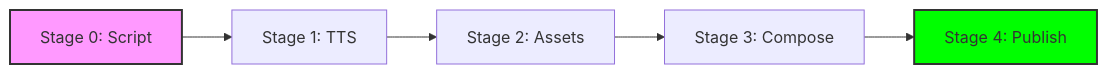
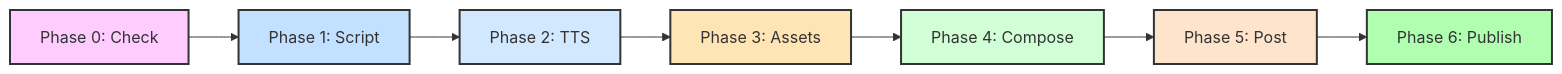
One commit to aaronwong1989/clawreel changed the diagram in README.md. Above: the diagram before and after it, drawn with Mermaid. The commit also changed other lines of this file and 3 other files, not shown here.

````diff
--- a/README.md
+++ b/README.md
@@ -28,10 +28,17 @@
 ```mermaid
 graph LR
-    A[Stage 0: Script] --> B[Stage 1: TTS]
-    B --> C[Stage 2: Assets]
-    C --> D[Stage 3: Compose]
-    D --> E[Stage 4: Publish]
-    
-    style A fill:#f9f,stroke:#333,stroke-width:2px
-    style E fill:#00ff00,stroke:#333,stroke-width:2px
+    A[Phase 0: Check] --> B[Phase 1: Script]
+    B --> C[Phase 2: TTS]
+    C --> D[Phase 3: Assets]
+    D --> E[Phase 4: Compose]
+    E --> F[Phase 5: Post]
+    F --> G[Phase 6: Publish]
+
+    style A fill:#ffccff,stroke:#333,stroke-width:2px
+    style B fill:#c2e0ff,stroke:#333,stroke-width:2px
+    style C fill:#d1e8ff,stroke:#333,stroke-width:2px
+    style D fill:#ffe4b5,stroke:#333,stroke-width:2px
+    style E fill:#d1ffd6,stroke:#333,stroke-width:2px
+    style F fill:#ffe4cc,stroke:#333,stroke-width:2px
+    style G fill:#b0ffb0,stroke:#333,stroke-width:2px
 ```
````
